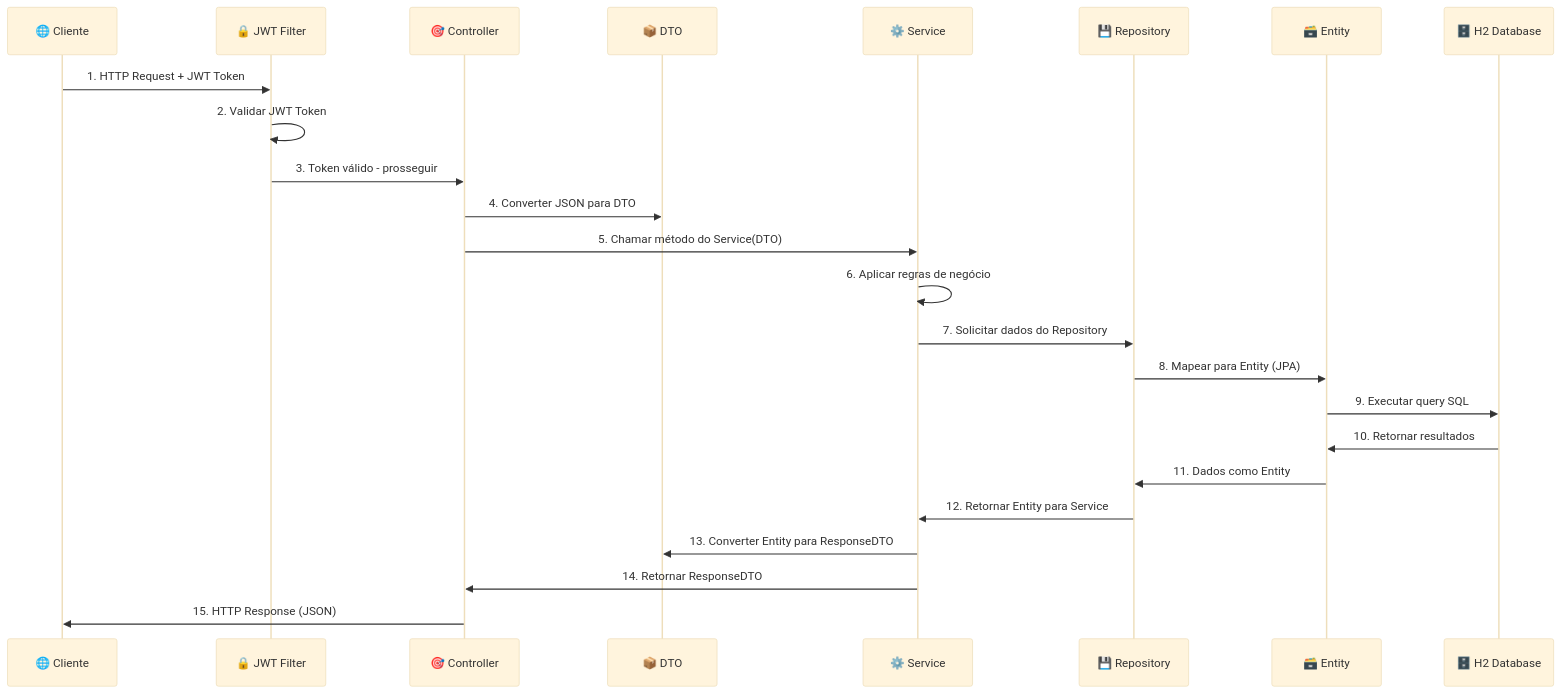
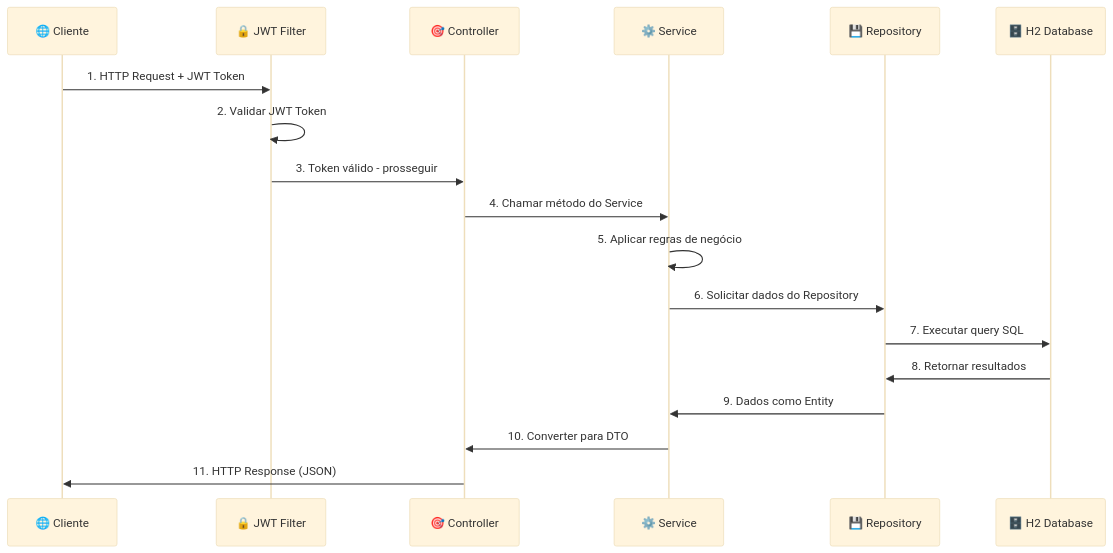
The diagram in README.md (luigiferrarasinno/api_login_java_spring_boot), drawn with Mermaid (base theme) before and after one commit. The commit also changed other lines of this file and 56 other files, not shown here.

````diff
--- a/README.md
+++ b/README.md
@@ -169,27 +269,21 @@
 ```mermaid
 sequenceDiagram
     participant Cliente as 🌐 Cliente
     participant Filter as 🔒 JWT Filter
     participant Controller as 🎯 Controller
-    participant DTO as 📦 DTO
     participant Service as ⚙️ Service
     participant Repository as 💾 Repository
-    participant Entity as 🗃️ Entity
     participant DB as 🗄️ H2 Database
     
     Cliente->>Filter: 1. HTTP Request + JWT Token
     Filter->>Filter: 2. Validar JWT Token
     Filter->>Controller: 3. Token válido - prosseguir
-    Controller->>DTO: 4. Converter JSON para DTO
-    Controller->>Service: 5. Chamar método do Service(DTO)
-    Service->>Service: 6. Aplicar regras de negócio
-    Service->>Repository: 7. Solicitar dados do Repository
-    Repository->>Entity: 8. Mapear para Entity (JPA)
-    Entity->>DB: 9. Executar query SQL
-    DB->>Entity: 10. Retornar resultados
-    Entity->>Repository: 11. Dados como Entity
-    Repository->>Service: 12. Retornar Entity para Service
-    Service->>DTO: 13. Converter Entity para ResponseDTO
-    Service->>Controller: 14. Retornar ResponseDTO
-    Controller->>Cliente: 15. HTTP Response (JSON)
+    Controller->>Service: 4. Chamar método do Service
+    Service->>Service: 5. Aplicar regras de negócio
+    Service->>Repository: 6. Solicitar dados do Repository
+    Repository->>DB: 7. Executar query SQL
+    DB->>Repository: 8. Retornar resultados
+    Repository->>Service: 9. Dados como Entity
+    Service->>Controller: 10. Converter para DTO
+    Controller->>Cliente: 11. HTTP Response (JSON)
 ```
````
